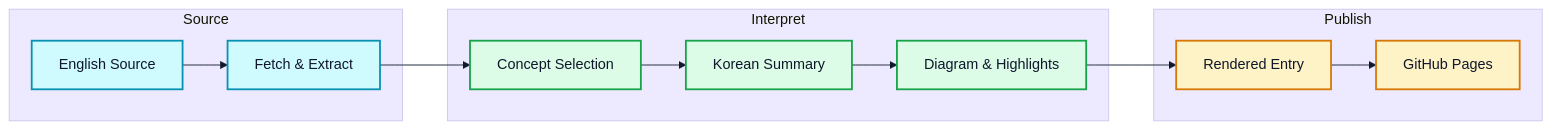
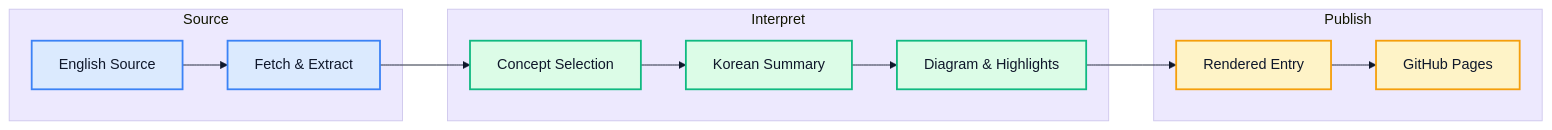
Before and after one commit to seihwanMoon/skillrnd: the first of 2 diagrams in docs/githubstudy/generated/example/index.md, drawn with Mermaid. The commit also changed other lines of this file and 8 other files, not shown here.

Commit message:
Restore diagram controls and refresh study pages

````diff
--- a/docs/githubstudy/generated/example/index.md
+++ b/docs/githubstudy/generated/example/index.md
@@ -64,22 +64,22 @@
 ```mermaid
-%%{init: {'theme':'base','themeVariables': {'primaryColor':'#d9f5ef','primaryTextColor':'#0f172a','primaryBorderColor':'#0f766e','lineColor':'#0f172a','secondaryColor':'#fef3c7','tertiaryColor':'#ede9fe','fontFamily':'Inter, sans-serif'}}}%%
+%%{init: {'theme':'base','themeVariables': {'primaryColor':'#dbeafe','primaryTextColor':'#0f172a','primaryBorderColor':'#3b82f6','lineColor':'#0f172a','secondaryColor':'#dcfce7','tertiaryColor':'#ede9fe','fontFamily':'Inter, sans-serif'}}}%%
 flowchart LR
     subgraph S1["Source"]
         A["English Source"] --> B["Fetch & Extract"]
     end
     subgraph S2["Interpret"]
         C["Concept Selection"] --> D["Korean Summary"]
         D --> E["Diagram & Highlights"]
     end
     subgraph S3["Publish"]
         F["Rendered Entry"] --> G["GitHub Pages"]
     end
     B --> C
     E --> F
-    classDef source fill:#cffafe,stroke:#0891b2,color:#0f172a,stroke-width:2px;
-    classDef explain fill:#dcfce7,stroke:#16a34a,color:#0f172a,stroke-width:2px;
-    classDef publish fill:#fef3c7,stroke:#d97706,color:#0f172a,stroke-width:2px;
+    classDef source fill:#dbeafe,stroke:#3b82f6,color:#0f172a,stroke-width:2px;
+    classDef explain fill:#dcfce7,stroke:#10b981,color:#0f172a,stroke-width:2px;
+    classDef publish fill:#fef3c7,stroke:#f59e0b,color:#0f172a,stroke-width:2px;
     class A,B source;
     class C,D,E explain;
     class F,G publish;
 ```
````
